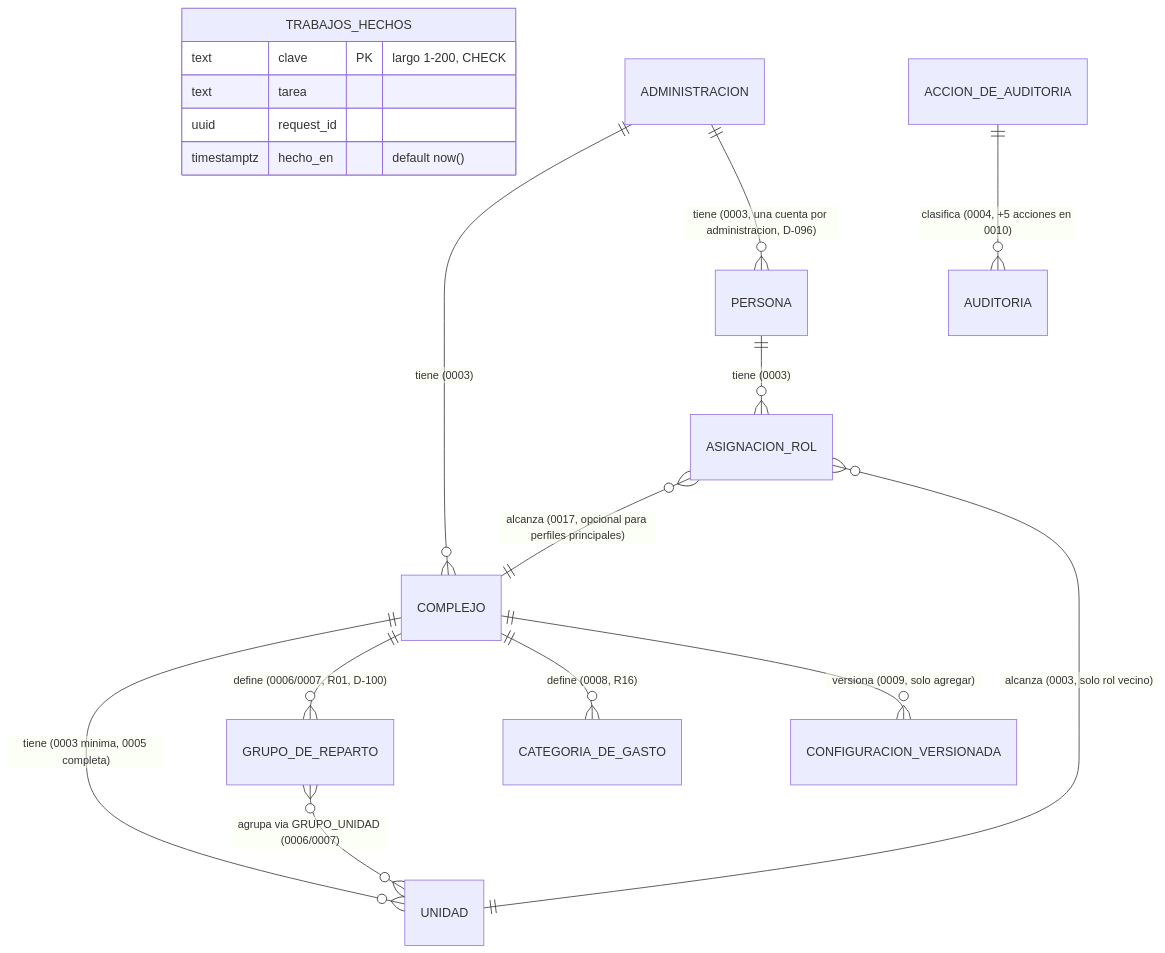
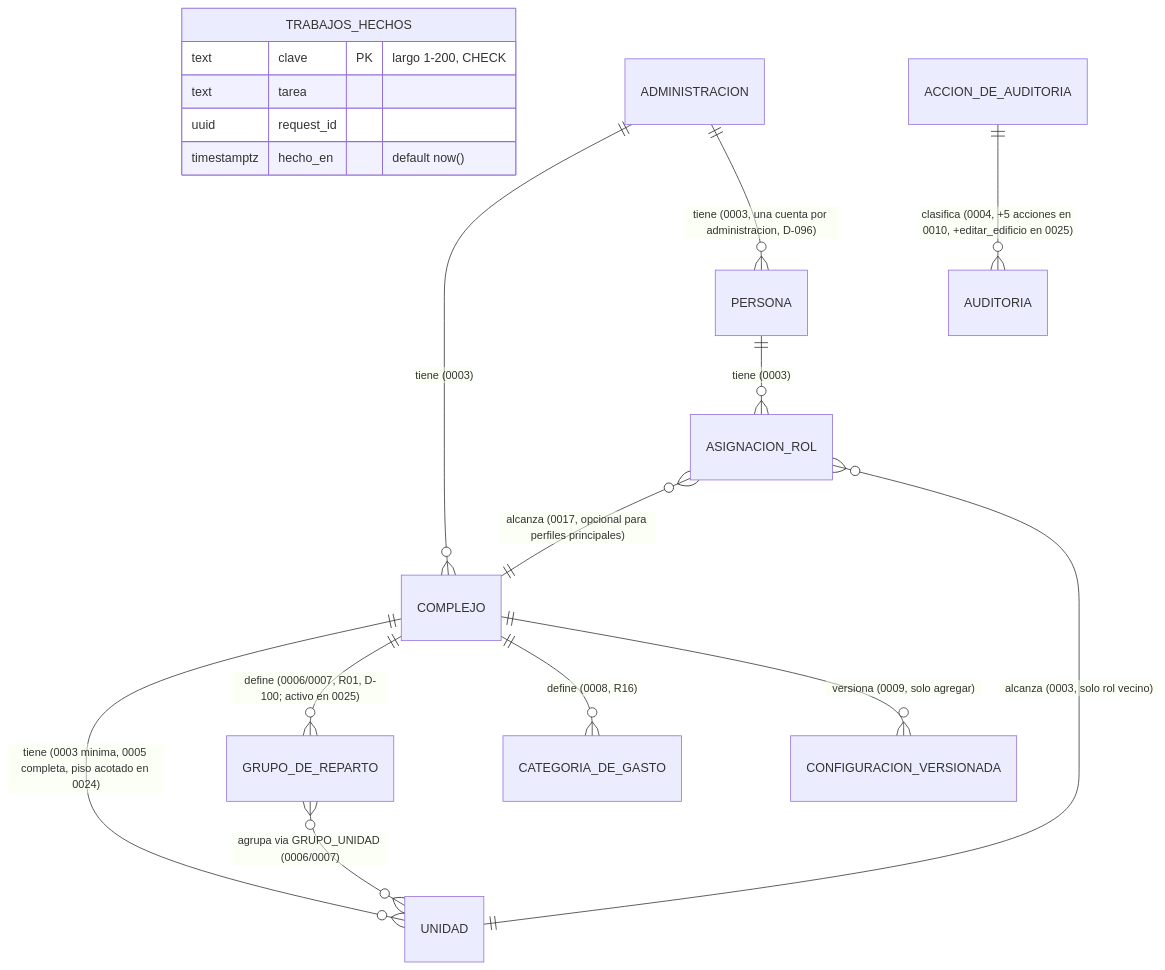
Before and after one commit to JuaniSarmiento/proptech: the first of 2 diagrams in knowledge-base/04_modelo_de_datos.md, drawn with Mermaid. The commit also changed other lines of this file and 80 other files, not shown here.

````diff
--- a/knowledge-base/04_modelo_de_datos.md
+++ b/knowledge-base/04_modelo_de_datos.md
@@ -45,20 +49,20 @@
 ```mermaid
 erDiagram
     TRABAJOS_HECHOS {
         text clave PK "largo 1-200, CHECK"
         text tarea
         uuid request_id
         timestamptz hecho_en "default now()"
     }
     ADMINISTRACION ||--o{ COMPLEJO : "tiene (0003)"
     ADMINISTRACION ||--o{ PERSONA : "tiene (0003, una cuenta por administracion, D-096)"
-    COMPLEJO ||--o{ UNIDAD : "tiene (0003 minima, 0005 completa)"
-    COMPLEJO ||--o{ GRUPO_DE_REPARTO : "define (0006/0007, R01, D-100)"
+    COMPLEJO ||--o{ UNIDAD : "tiene (0003 minima, 0005 completa, piso acotado en 0024)"
+    COMPLEJO ||--o{ GRUPO_DE_REPARTO : "define (0006/0007, R01, D-100; activo en 0025)"
     GRUPO_DE_REPARTO }o--o{ UNIDAD : "agrupa via GRUPO_UNIDAD (0006/0007)"
     COMPLEJO ||--o{ CATEGORIA_DE_GASTO : "define (0008, R16)"
     COMPLEJO ||--o{ CONFIGURACION_VERSIONADA : "versiona (0009, solo agregar)"
     PERSONA ||--o{ ASIGNACION_ROL : "tiene (0003)"
     ASIGNACION_ROL }o--|| COMPLEJO : "alcanza (0017, opcional para perfiles principales)"
     ASIGNACION_ROL }o--|| UNIDAD : "alcanza (0003, solo rol vecino)"
-    ACCION_DE_AUDITORIA ||--o{ AUDITORIA : "clasifica (0004, +5 acciones en 0010)"
+    ACCION_DE_AUDITORIA ||--o{ AUDITORIA : "clasifica (0004, +5 acciones en 0010, +editar_edificio en 0025)"
 ```
````
